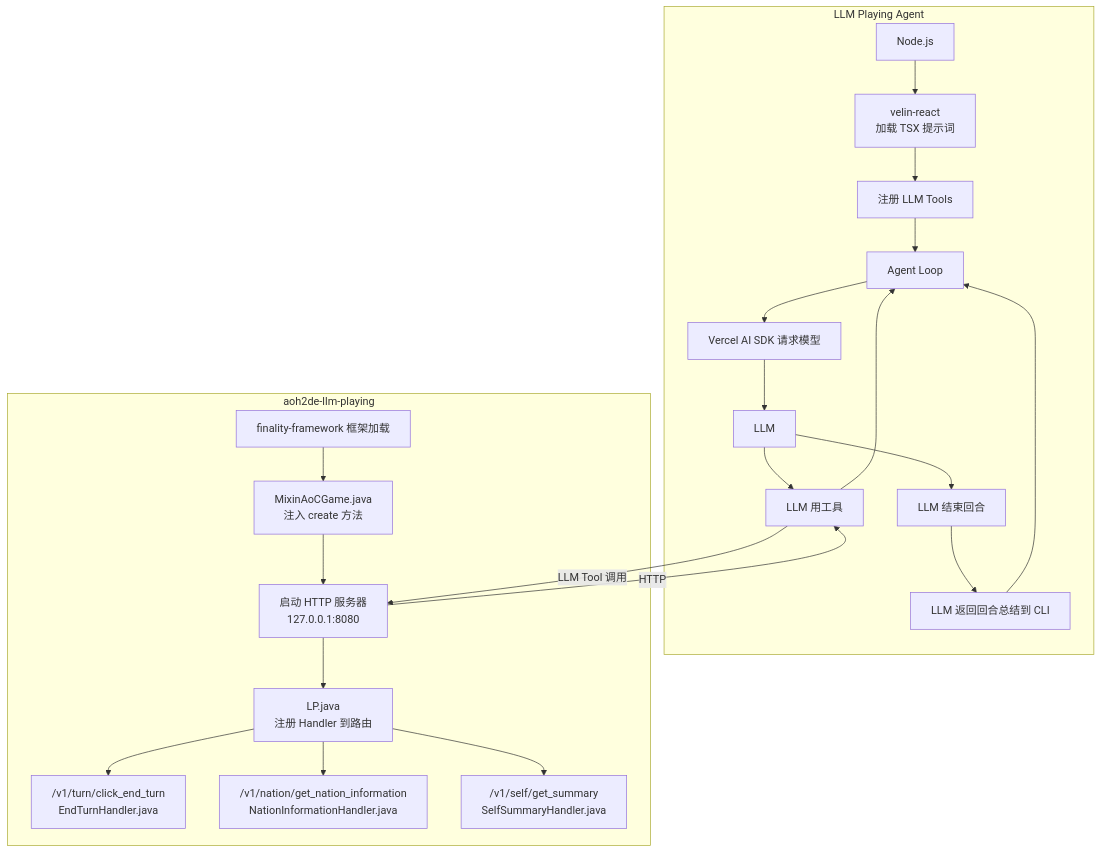
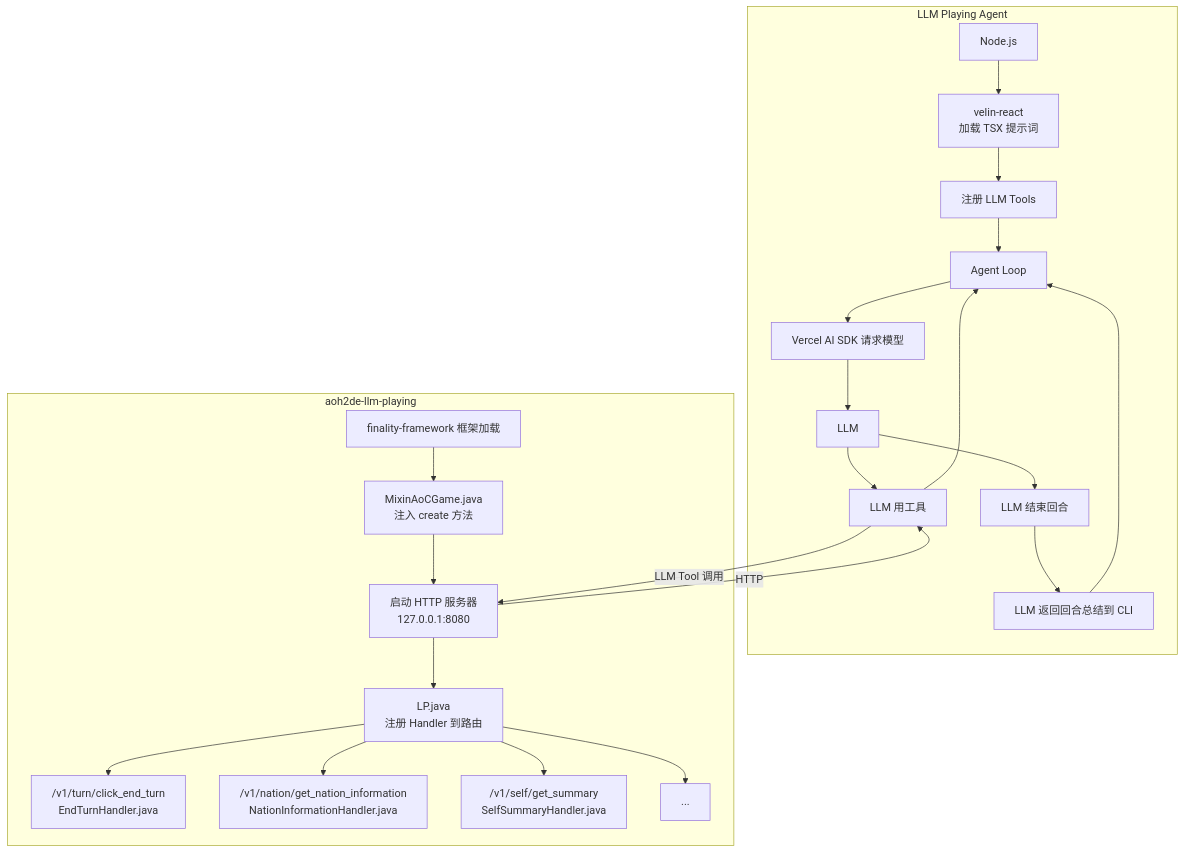
One commit to TASA-Ed/aoh2de-llm-playing changed the diagram in README.md. Above: the diagram before and after it, drawn with Mermaid. The commit also changed 3 other files, not shown here.

````diff
--- a/README.md
+++ b/README.md
@@ -11,39 +11,41 @@
 ```mermaid
 flowchart TB
 
     subgraph A["LLM Playing Agent"]
         A1["Node.js"]
         A4["velin-react<br/>加载 TSX 提示词"]
         A5["注册 LLM Tools"]
         A6["Agent Loop"]
         A7["Vercel AI SDK 请求模型"]
         A8["LLM"]
         A9["LLM 用工具"]
         A10["LLM 结束回合"]
         A11["LLM 返回回合总结到 CLI"]
 
         A1 --> A4 --> A5 --> A6
         A6 --> A7 --> A8
         A8 --> A9 --> A6
         A8 --> A10 --> A11 --> A6
     end
 
     subgraph B["aoh2de-llm-playing"]
         B1["finality-framework 框架加载"]
         B3["MixinAoCGame.java<br/>注入 create 方法"]
         B4["启动 HTTP 服务器<br/>127.0.0.1:8080"]
         B5["LP.java<br/>注册 Handler 到路由"]
 
         B6["/v1/turn/click_end_turn<br/>EndTurnHandler.java"]
         B7["/v1/nation/get_nation_information<br/>NationInformationHandler.java"]
         B8["/v1/self/get_summary<br/>SelfSummaryHandler.java"]
+        B9["..."]
 
         B1 --> B3 --> B4 --> B5
         B5 --> B6
         B5 --> B7
         B5 --> B8
+        B5 --> B9
     end
 
     A9 -->|"LLM Tool 调用"| B4
     B4 -->|"HTTP"| A9
 ```
````
